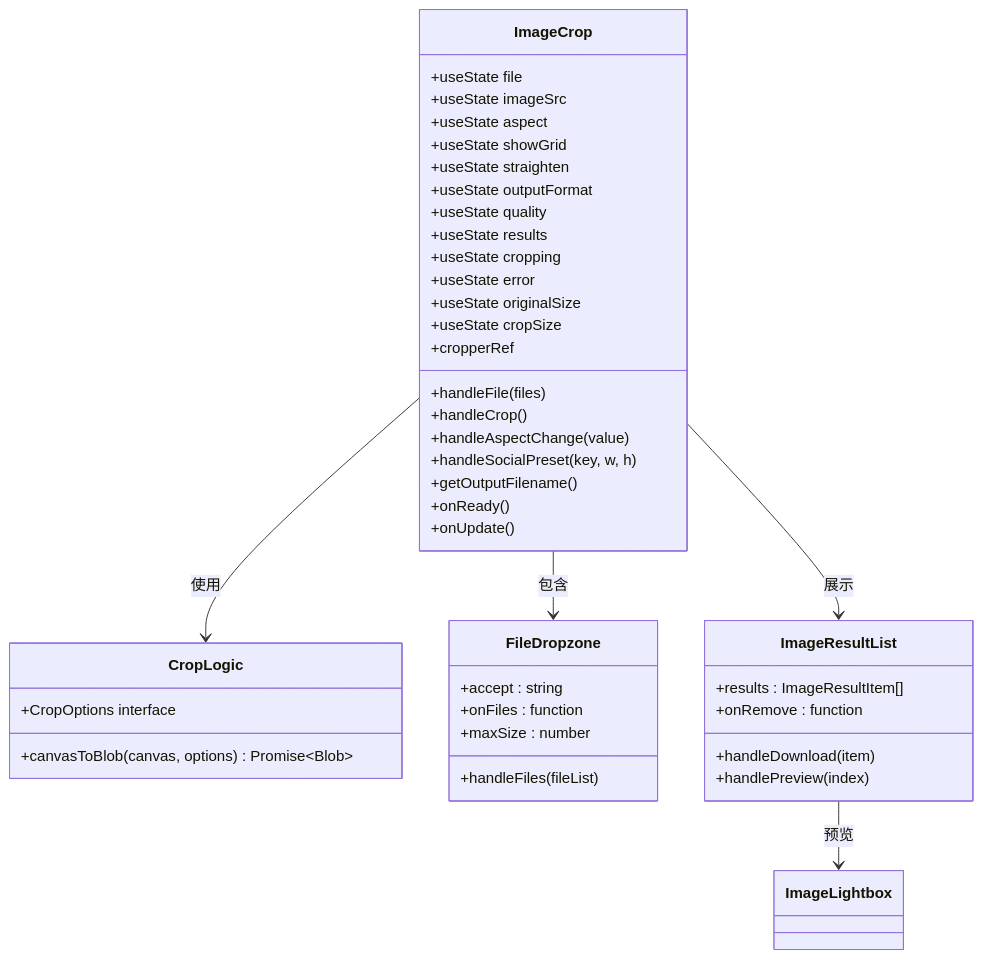
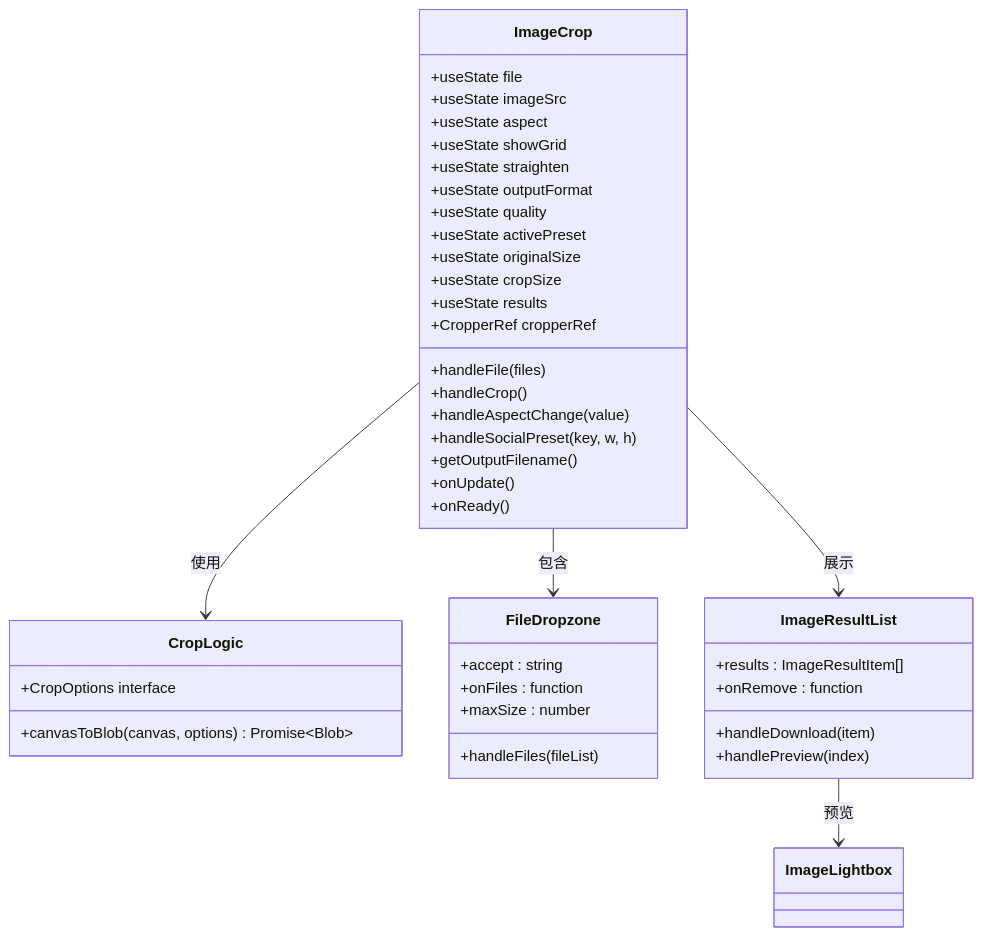
The second of 12 diagrams in .qoder/repowiki/zh/content/图像工具/图像裁剪.md (sgyy/privadeck), drawn with Mermaid before and after one commit. The commit also changed other lines of this file and 23 other files, not shown here.

````diff
--- a/.qoder/repowiki/zh/content/图像工具/图像裁剪.md
+++ b/.qoder/repowiki/zh/content/图像工具/图像裁剪.md
@@ -98,45 +102,44 @@
 ```mermaid
 classDiagram
 class ImageCrop {
 +useState file
 +useState imageSrc
 +useState aspect
 +useState showGrid
 +useState straighten
 +useState outputFormat
 +useState quality
-+useState results
-+useState cropping
-+useState error
++useState activePreset
 +useState originalSize
 +useState cropSize
-+cropperRef
++useState results
++CropperRef cropperRef
 +handleFile(files)
 +handleCrop()
 +handleAspectChange(value)
 +handleSocialPreset(key, w, h)
 +getOutputFilename()
++onUpdate()
 +onReady()
-+onUpdate()
 }
 class CropLogic {
 +canvasToBlob(canvas, options) Promise~Blob~
 +CropOptions interface
 }
 class FileDropzone {
 +accept : string
 +onFiles : function
 +maxSize : number
 +handleFiles(fileList)
 }
 class ImageResultList {
 +results : ImageResultItem[]
 +onRemove : function
 +handleDownload(item)
 +handlePreview(index)
 }
 ImageCrop --> CropLogic : 使用
 ImageCrop --> FileDropzone : 包含
 ImageCrop --> ImageResultList : 展示
 ImageResultList --> ImageLightbox : 预览
 ```
````
